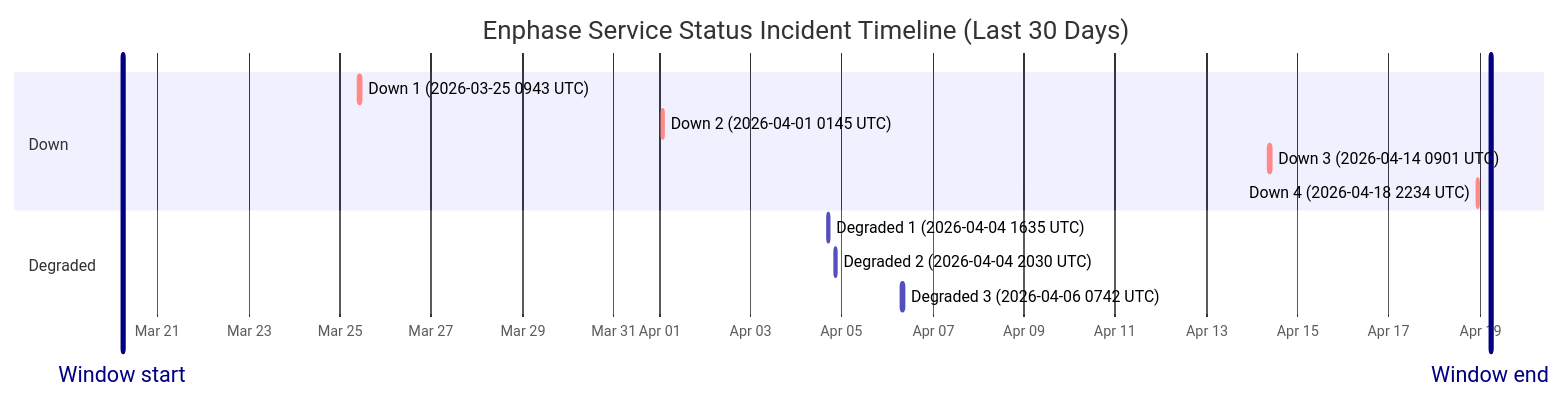
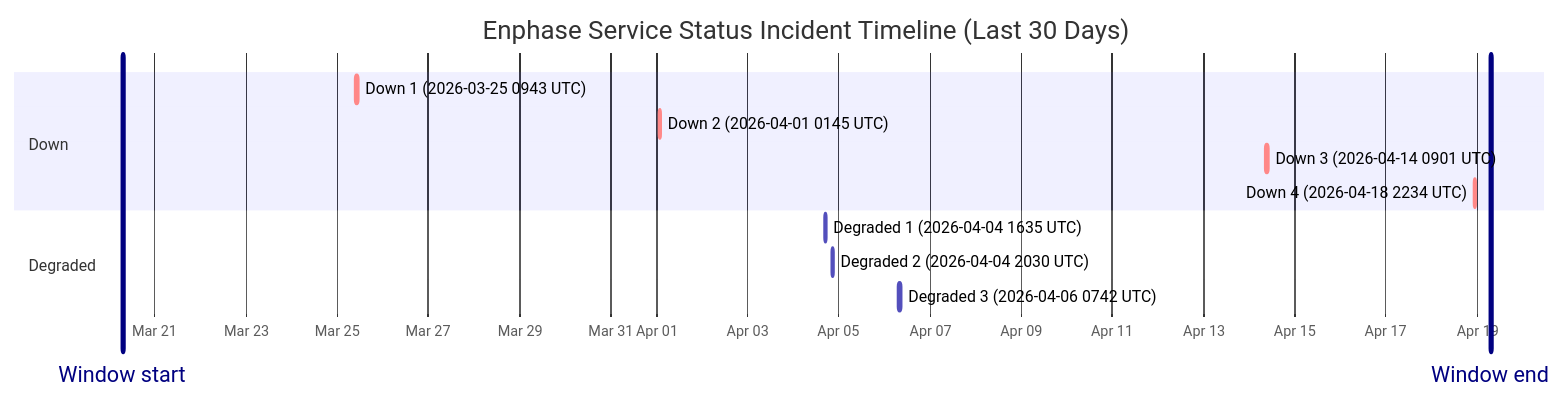
One commit to barneyonline/ha-enphase-ev-charger changed the diagram in wiki/Service-Status-History.md. Above: the diagram before and after it, drawn with Mermaid. The commit also changed other lines of this file and 3 other files, not shown here.

````diff
--- a/wiki/Service-Status-History.md
+++ b/wiki/Service-Status-History.md
@@ -14,17 +14,17 @@
 ```mermaid
 gantt
     title Enphase Service Status Incident Timeline (Last 30 Days)
     dateFormat  YYYY-MM-DDTHH:mm:ss
     axisFormat  %b %d
-    Window start :vert, window-start, 2026-03-20T05:28:14, 0ms
-    Window end :vert, window-end, 2026-04-19T05:28:14, 0ms
+    Window start :vert, window-start, 2026-03-20T06:58:16, 0ms
+    Window end :vert, window-end, 2026-04-19T06:58:16, 0ms
     section Down
     Down 1 (2026-03-25 0943 UTC) :crit, down-1, 2026-03-25T09:43:28, 111m
     Down 2 (2026-04-01 0145 UTC) :crit, down-2, 2026-04-01T01:45:09, 60m
     Down 3 (2026-04-14 0901 UTC) :crit, down-3, 2026-04-14T09:01:13, 60m
     Down 4 (2026-04-18 2234 UTC) :crit, down-4, 2026-04-18T22:34:13, 60m
     section Degraded
     Degraded 1 (2026-04-04 1635 UTC) :active, degraded-1, 2026-04-04T16:35:17, 60m
     Degraded 2 (2026-04-04 2030 UTC) :active, degraded-2, 2026-04-04T20:30:40, 60m
     Degraded 3 (2026-04-06 0742 UTC) :active, degraded-3, 2026-04-06T07:42:09, 85m
 ```
````
